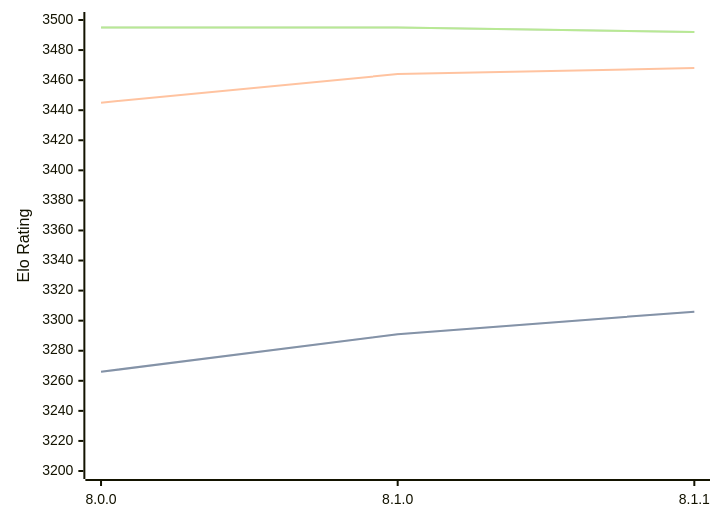
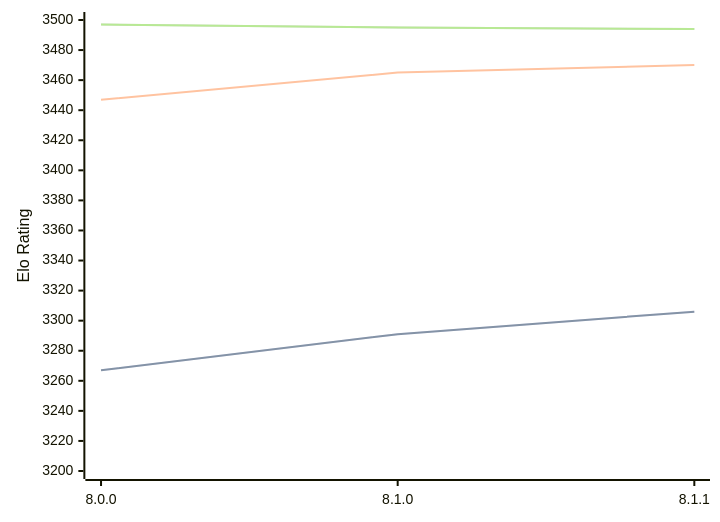
The diagram in engines/Velvet.md (computer-chess-index/cci), drawn with Mermaid before and after one commit. The commit also changed other lines of this file, not shown here.

Commit message:
Update CCI Ratings (ELO VLTC) - 2026-04-07

````diff
--- a/engines/Velvet.md
+++ b/engines/Velvet.md
@@ -57,11 +57,11 @@
 ```mermaid
 %%{init: {"theme":"base","themeVariables":{"seriesColors:['#a3a3a3','#222221','#faa371']}}}%%
 xychart-beta
   x-axis ["8.0.0", "8.1.0", "8.1.1"]
   y-axis "Elo Rating" 3200 --> 3500
-  line "STC (8.0+0.08s)" [3266, 3291, 3306]
-  line "STC (8.0+0.08s)" [3266, 3291, 3306]
-  line "LTC (60.0+0.60s)" [3445, 3464, 3468]
-  line "VLTC (2m24s+1.12s)" [3495, 3495, 3492]
-  line "VLTC (2m24s+1.12s)" [3495, 3495, 3492]
+  line "STC (8.0+0.08s)" [3267, 3291, 3306]
+  line "STC (8.0+0.08s)" [3267, 3291, 3306]
+  line "LTC (60.0+0.60s)" [3447, 3465, 3470]
+  line "VLTC (2m24s+1.12s)" [3497, 3495, 3494]
+  line "VLTC (2m24s+1.12s)" [3497, 3495, 3494]
 ```
````
